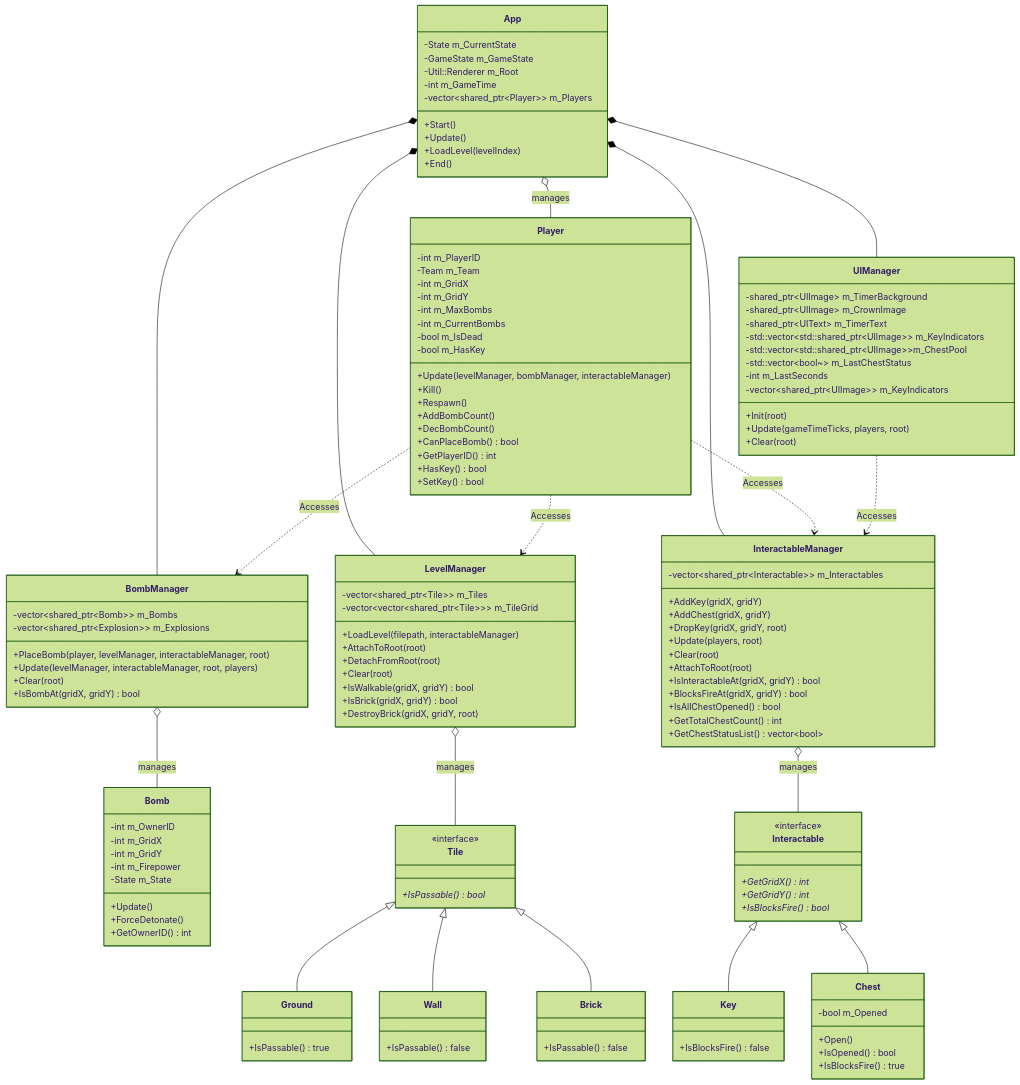
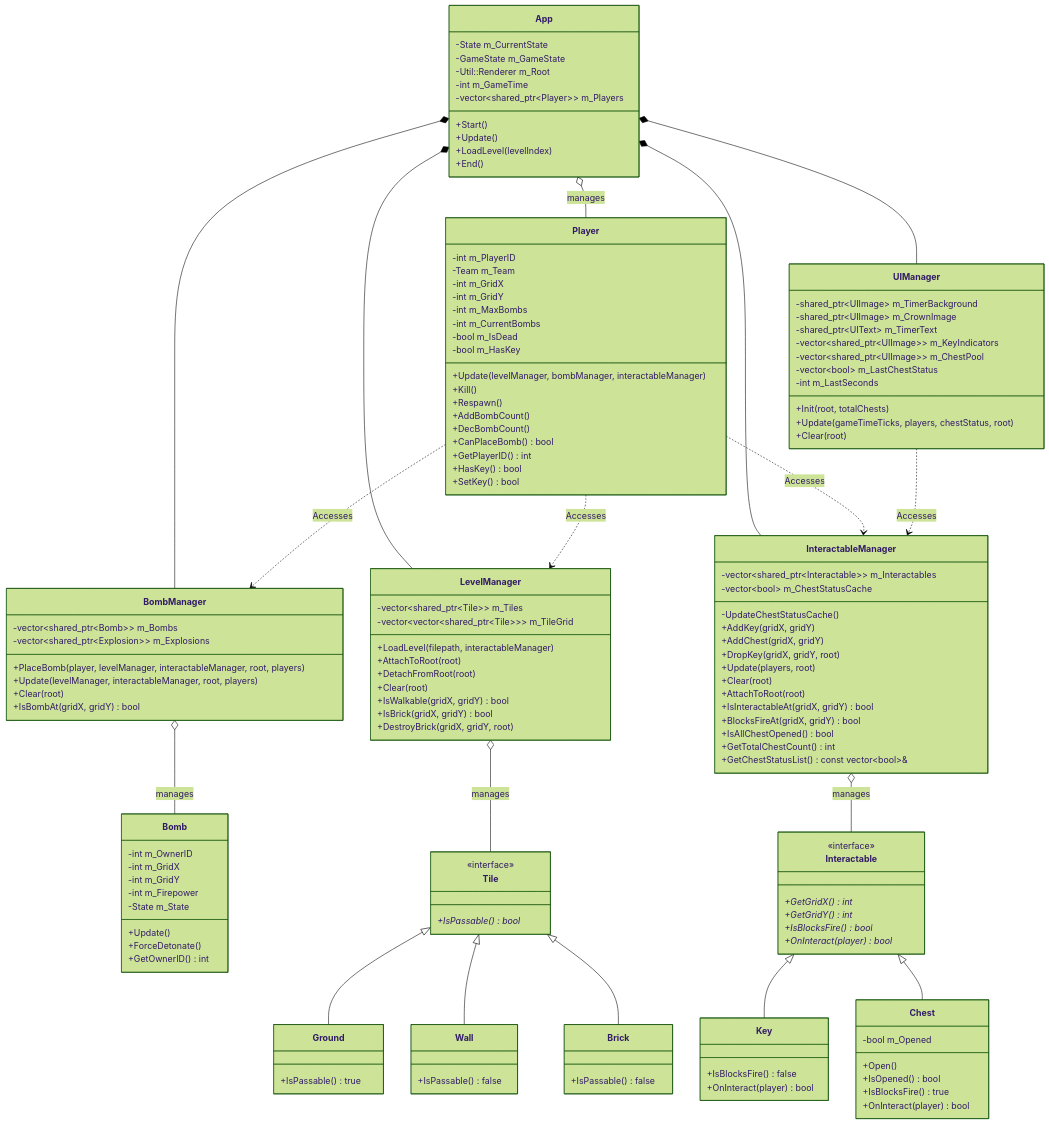
One commit to chingyen06/OOPL-Super-Bomberman changed the second of 2 diagrams in Proposal.md. Above: the diagram before and after it, drawn with Mermaid (forest theme). The commit also changed other lines of this file and 7 other files, not shown here.

```diff
--- a/Proposal.md
+++ b/Proposal.md
@@ -177,7 +174,6 @@
 classDiagram
     direction TB
 
-    %% --- 管理層 (Managers) ---
     class App {
         -State m_CurrentState
         -GameState m_GameState
@@ -205,7 +201,7 @@
     class BombManager {
         -vector~shared_ptr~Bomb~~ m_Bombs
         -vector~shared_ptr~Explosion~~ m_Explosions
-        +PlaceBomb(player, levelManager, interactableManager, root)
+        +PlaceBomb(player, levelManager, interactableManager, root, players)
         +Update(levelManager, interactableManager, root, players)
         +Clear(root)
         +IsBombAt(gridX, gridY) bool
@@ -213,6 +209,8 @@
 
     class InteractableManager {
         -vector~shared_ptr~Interactable~~ m_Interactables
+        -vector~bool~ m_ChestStatusCache
+        -UpdateChestStatusCache()
         +AddKey(gridX, gridY)
         +AddChest(gridX, gridY)
         +DropKey(gridX, gridY, root)
@@ -223,24 +221,22 @@
         +BlocksFireAt(gridX, gridY) bool
         +IsAllChestOpened() bool
         +GetTotalChestCount() int
-        +GetChestStatusList() vector~bool~
+        +GetChestStatusList() const vector~bool~&
     }
 
     class UIManager {
         -shared_ptr~UIImage~ m_TimerBackground
         -shared_ptr~UIImage~ m_CrownImage
         -shared_ptr~UIText~ m_TimerText
-        -std::vector~std::shared_ptr~UIImage~~ m_KeyIndicators
-        -std::vector~std::shared_ptr~UIImage~~m_ChestPool
-        -std::vector~bool~~ m_LastChestStatus
+        -vector~shared_ptr~UIImage~~ m_KeyIndicators
+        -vector~shared_ptr~UIImage~~ m_ChestPool
+        -vector~bool~ m_LastChestStatus
         -int m_LastSeconds
-        -vector~shared_ptr~UIImage~~ m_KeyIndicators
-        +Init(root)
-        +Update(gameTimeTicks, players, root)
+        +Init(root, totalChests)
+        +Update(gameTimeTicks, players, chestStatus, root)
         +Clear(root)
     }
 
-    %% --- 實體層 (Entities) ---
     class Player {
         -int m_PlayerID
         -Team m_Team
@@ -272,7 +268,6 @@
         +GetOwnerID() int
     }
 
-    %% --- 多型繼承樹 (Polymorphic Hierarchies) ---
     class Tile {
         <<interface>>
         +IsPassable()* bool
@@ -295,21 +290,23 @@
         +GetGridX()* int
         +GetGridY()* int
         +IsBlocksFire()* bool
+        +OnInteract(player)* bool
     }
     class Key {
         +IsBlocksFire() false
+        +OnInteract(player) bool
     }
     class Chest {
         -bool m_Opened
         +Open()
         +IsOpened() bool
         +IsBlocksFire() true
+        +OnInteract(player) bool
     }
     Interactable <|-- Key
     Interactable <|-- Chest
 
 
-    %% --- 系統聚合與依賴關係 ---
     App *-- LevelManager
     App *-- BombManager
     App *-- InteractableManager
```
